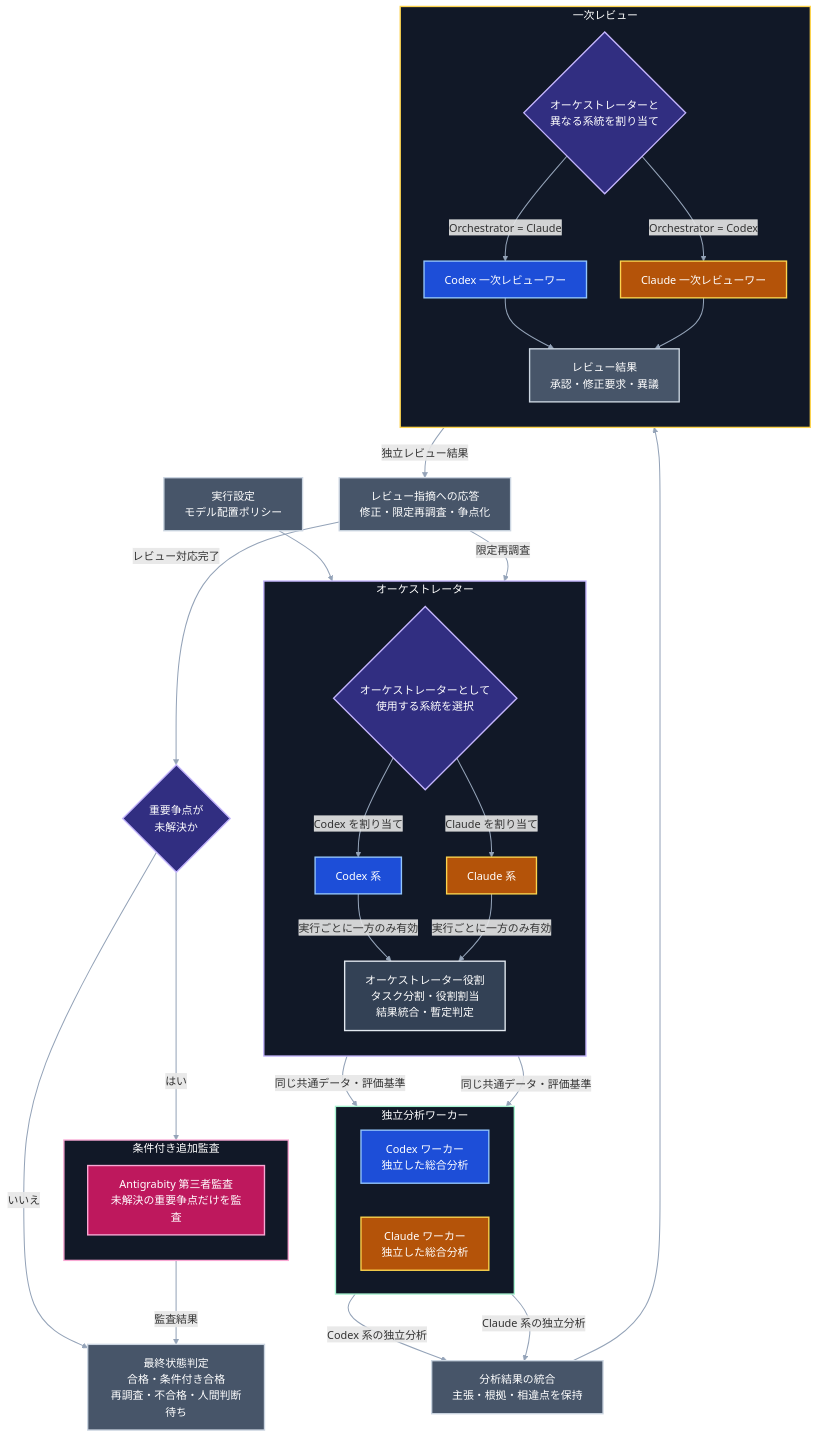
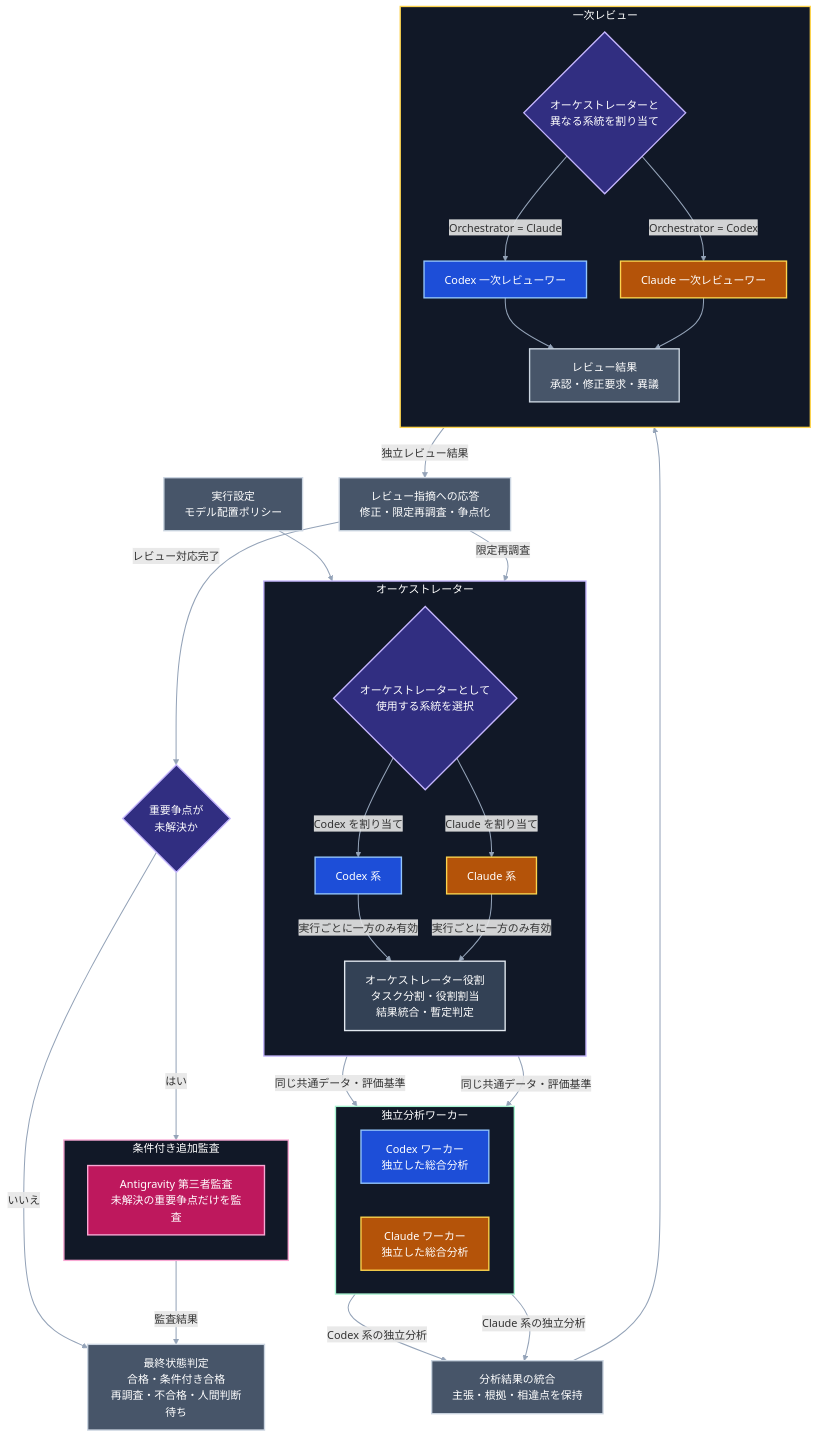
One commit to toike08D17012/system-trade-with-llm-orchestrator changed the second of 7 diagrams in docs/design/02-stock-research-system-architecture.md. Above: the diagram before and after it, drawn with Mermaid. The commit also changed other lines of this file and 1 other file, not shown here.

Commit message:
docs: standardize Antigravity and reviewer policy

```diff
--- a/docs/design/02-stock-research-system-architecture.md
+++ b/docs/design/02-stock-research-system-architecture.md
@@ -233,7 +233,7 @@
 
     subgraph ESCALATION["条件付き追加監査"]
         direction TB
-        G["Antigrabity 第三者監査<br/>未解決の重要争点だけを監査"]
+        G["Antigravity 第三者監査<br/>未解決の重要争点だけを監査"]
     end
 
     END["最終状態判定<br/>合格・条件付き合格<br/>再調査・不合格・人間判断待ち"]
@@ -258,14 +258,14 @@
 
     classDef codex fill:#1D4ED8,stroke:#93C5FD,color:#FFFFFF,stroke-width:2px
     classDef claude fill:#B45309,stroke:#FCD34D,color:#FFFFFF,stroke-width:2px
-    classDef antigrabity fill:#BE185D,stroke:#F9A8D4,color:#FFFFFF,stroke-width:2px
+    classDef antigravity fill:#BE185D,stroke:#F9A8D4,color:#FFFFFF,stroke-width:2px
     classDef role fill:#334155,stroke:#E2E8F0,color:#FFFFFF,stroke-width:2px
     classDef process fill:#475569,stroke:#CBD5E1,color:#FFFFFF,stroke-width:2px
     classDef decision fill:#312E81,stroke:#C4B5FD,color:#FFFFFF,stroke-width:2px
 
     class OC,WC,RC codex
     class OA,WA,RA claude
-    class G antigrabity
+    class G antigravity
     class O role
     class CONFIG,S,RJ,RES,END process
     class OSEL,RSEL,D decision
```
